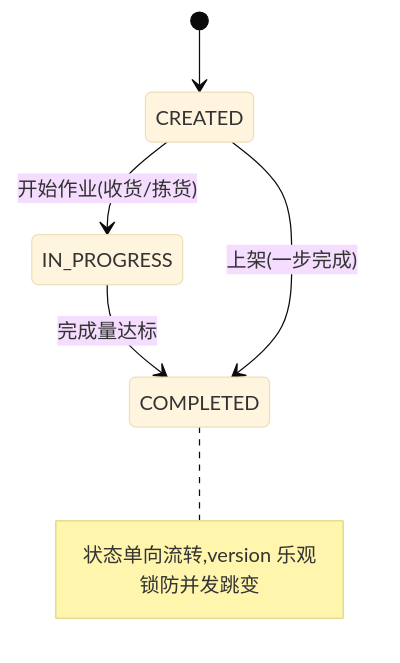
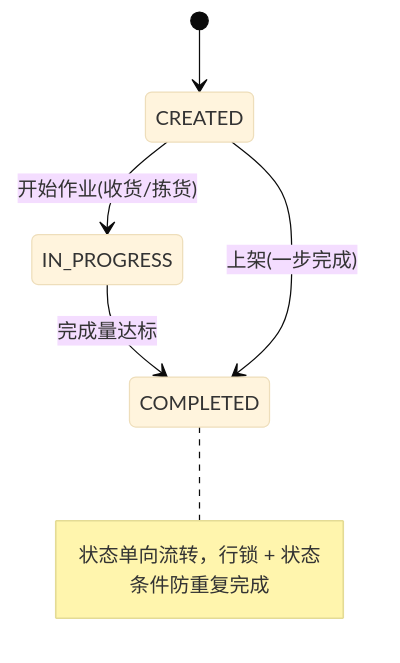
The fourth of 4 diagrams in docs/requirements.md (mengw-dev/go-wms), drawn with Mermaid (base theme) before and after one commit. The commit also changed other lines of this file and 4 other files, not shown here.

````diff
--- a/docs/requirements.md
+++ b/docs/requirements.md
@@ -178,8 +178,8 @@
 ```mermaid
 stateDiagram-v2
     [*] --> CREATED
     CREATED --> IN_PROGRESS: 开始作业(收货/拣货)
     IN_PROGRESS --> COMPLETED: 完成量达标
     CREATED --> COMPLETED: 上架(一步完成)
-    note right of COMPLETED: 状态单向流转,version 乐观锁防并发跳变
+    note right of COMPLETED: 状态单向流转，行锁 + 状态条件防重复完成
 ```
````
